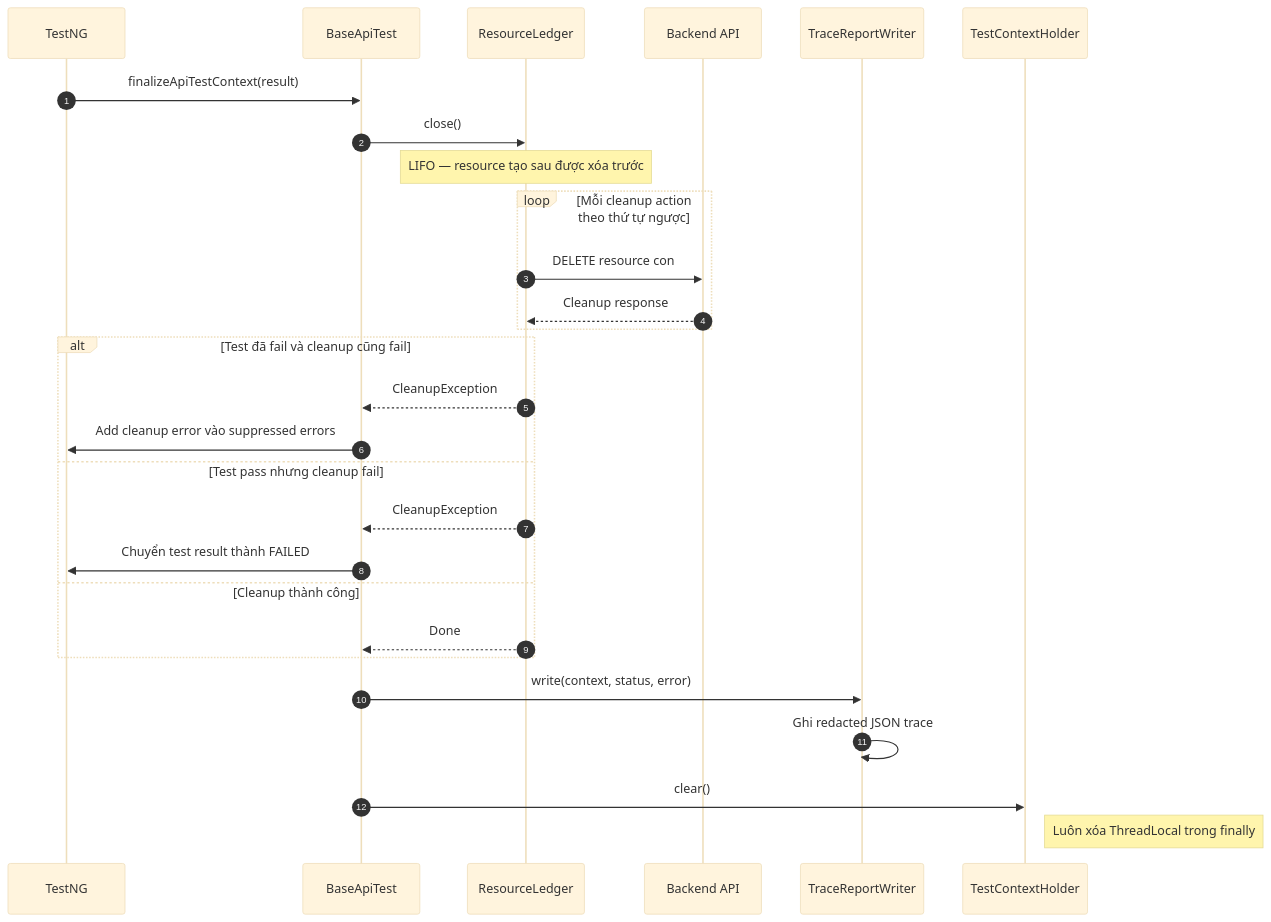
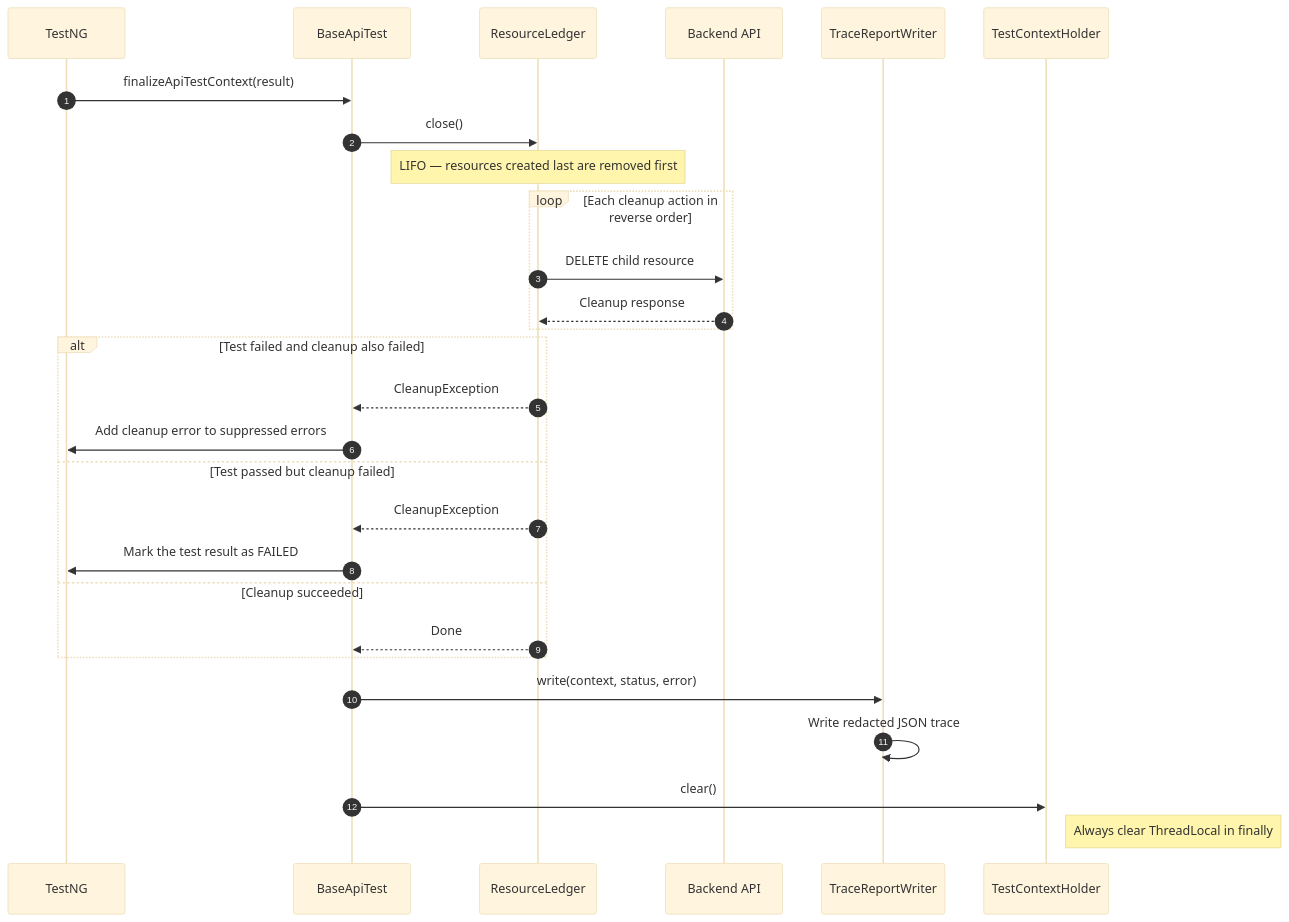
Before and after one commit to vocongthanh-projects/api-framework: the third of 4 diagrams in docs/framework-flow-preview.md, drawn with Mermaid (base theme). The commit also changed other lines of this file and 1 other file, not shown here.

````diff
--- a/docs/framework-flow-preview.md
+++ b/docs/framework-flow-preview.md
@@ -139,34 +131,34 @@
 ```mermaid
 sequenceDiagram
     autonumber
     participant TestNG
     participant Core as BaseApiTest
     participant Ledger as ResourceLedger
     participant API as Backend API
     participant Report as TraceReportWriter
     participant Holder as TestContextHolder
 
     TestNG->>Core: finalizeApiTestContext(result)
     Core->>Ledger: close()
-    Note over Ledger: LIFO — resource tạo sau được xóa trước
+    Note over Ledger: LIFO — resources created last are removed first
 
-    loop Mỗi cleanup action theo thứ tự ngược
-        Ledger->>API: DELETE resource con
+    loop Each cleanup action in reverse order
+        Ledger->>API: DELETE child resource
         API-->>Ledger: Cleanup response
     end
 
-    alt Test đã fail và cleanup cũng fail
+    alt Test failed and cleanup also failed
         Ledger-->>Core: CleanupException
-        Core->>TestNG: Add cleanup error vào suppressed errors
-    else Test pass nhưng cleanup fail
+        Core->>TestNG: Add cleanup error to suppressed errors
+    else Test passed but cleanup failed
         Ledger-->>Core: CleanupException
-        Core->>TestNG: Chuyển test result thành FAILED
-    else Cleanup thành công
+        Core->>TestNG: Mark the test result as FAILED
+    else Cleanup succeeded
         Ledger-->>Core: Done
     end
 
     Core->>Report: write(context, status, error)
-    Report->>Report: Ghi redacted JSON trace
+    Report->>Report: Write redacted JSON trace
     Core->>Holder: clear()
-    Note right of Holder: Luôn xóa ThreadLocal trong finally
+    Note right of Holder: Always clear ThreadLocal in finally
 ```
````
